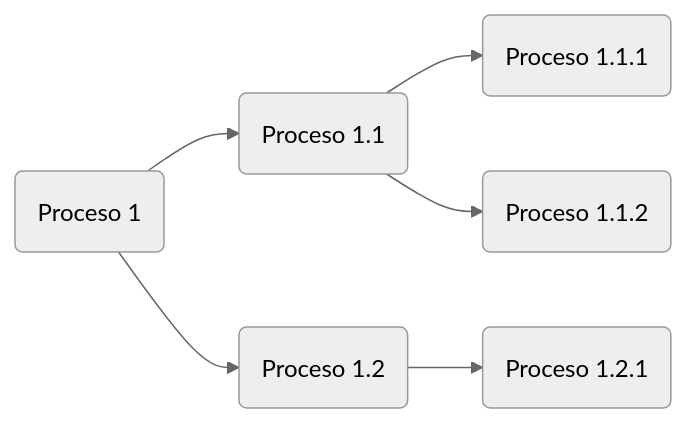
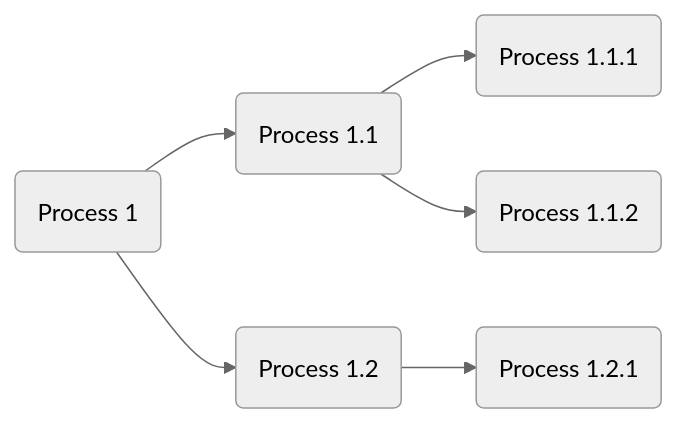
Before and after one commit to qwertyuioplkjhgfdsazx/PSP-CFGS-2223: the fourth of 4 diagrams in UD01/UD01_ES.md, drawn with Mermaid (neutral theme). The commit also changed other lines of this file and 13 other files, not shown here.

````diff
--- a/UD01/UD01_ES.md
+++ b/UD01/UD01_ES.md
@@ -247,7 +482,7 @@
 ```mermaid
 graph LR
-A(Proceso 1) --> C(Proceso 1.1)
-C --> D(Proceso 1.1.1)
-C --> E(Proceso 1.1.2)
-A --> B(Proceso 1.2) --> F(Proceso 1.2.1)
+A(Process 1) --> C(Process 1.1)
+C --> D(Process 1.1.1)
+C --> E(Process 1.1.2)
+A --> B(Process 1.2) --> F(Process 1.2.1)
 ```
````
